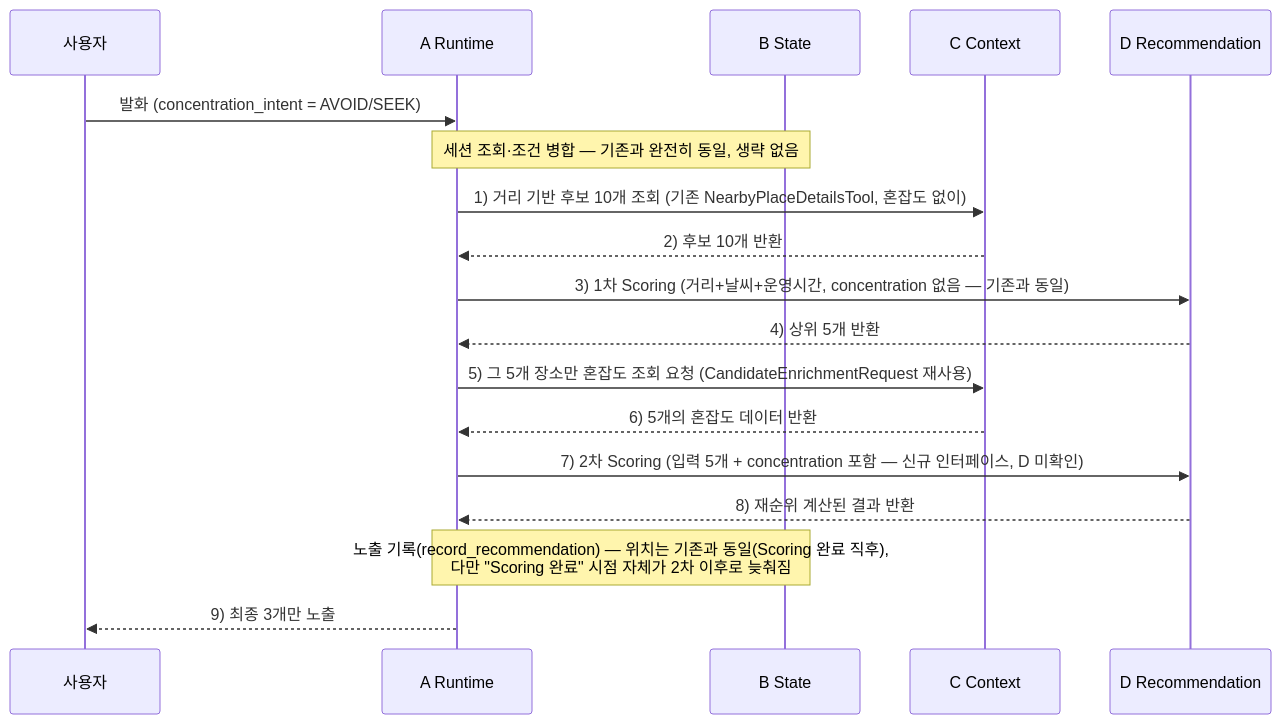
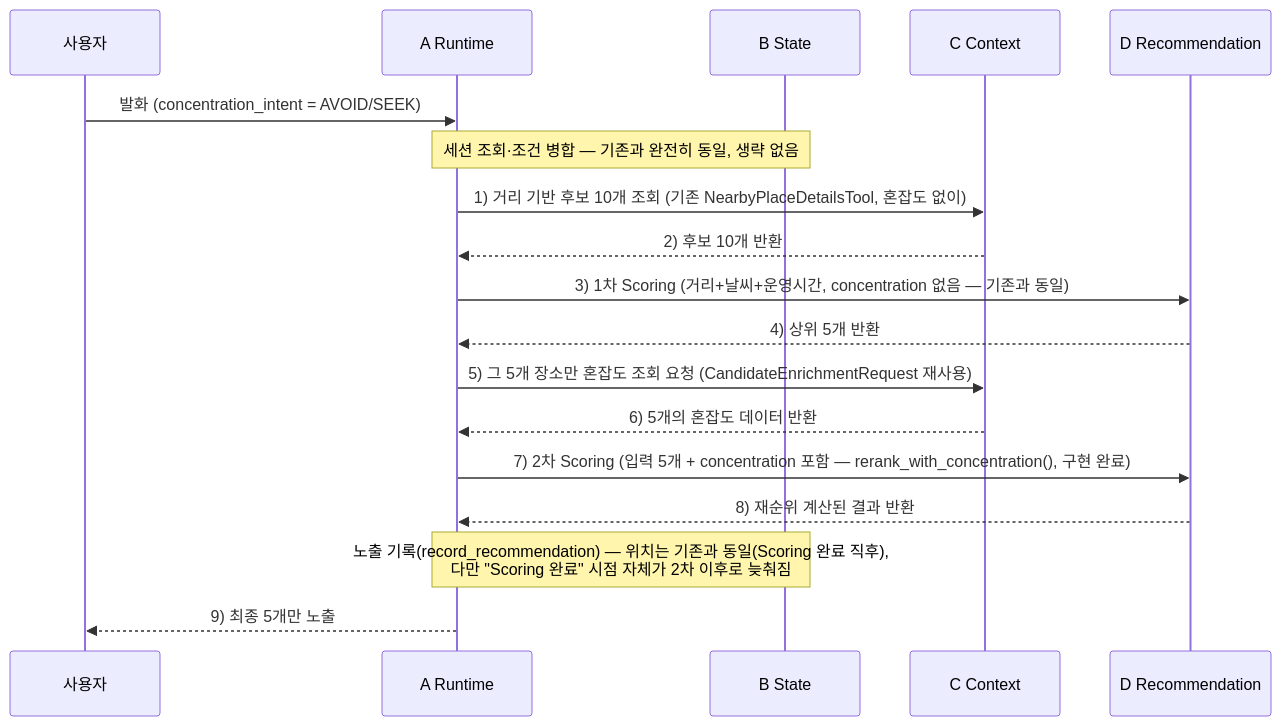
One commit to genai-TeamROOT/tripbranch changed the diagram in docs/design/concentration-conditions.md. Above: the diagram before and after it, drawn with Mermaid. The commit also changed other lines of this file and 2 other files, not shown here.

````diff
--- a/docs/design/concentration-conditions.md
+++ b/docs/design/concentration-conditions.md
@@ -97,21 +100,21 @@
 ```mermaid
 sequenceDiagram
     participant U as 사용자
     participant A as A Runtime
     participant B as B State
     participant C as C Context
     participant D as D Recommendation
 
     U->>A: 발화 (concentration_intent = AVOID/SEEK)
     Note over A,B: 세션 조회·조건 병합 — 기존과 완전히 동일, 생략 없음
     A->>C: 1) 거리 기반 후보 10개 조회 (기존 NearbyPlaceDetailsTool, 혼잡도 없이)
     C-->>A: 2) 후보 10개 반환
     A->>D: 3) 1차 Scoring (거리+날씨+운영시간, concentration 없음 — 기존과 동일)
     D-->>A: 4) 상위 5개 반환
     A->>C: 5) 그 5개 장소만 혼잡도 조회 요청 (CandidateEnrichmentRequest 재사용)
     C-->>A: 6) 5개의 혼잡도 데이터 반환
-    A->>D: 7) 2차 Scoring (입력 5개 + concentration 포함 — 신규 인터페이스, D 미확인)
+    A->>D: 7) 2차 Scoring (입력 5개 + concentration 포함 — rerank_with_concentration(), 구현 완료)
     D-->>A: 8) 재순위 계산된 결과 반환
     Note over A,B: 노출 기록(record_recommendation) — 위치는 기존과 동일(Scoring 완료 직후),<br/>다만 "Scoring 완료" 시점 자체가 2차 이후로 늦춰짐
-    A-->>U: 9) 최종 3개만 노출
+    A-->>U: 9) 최종 5개만 노출
 ```
````
